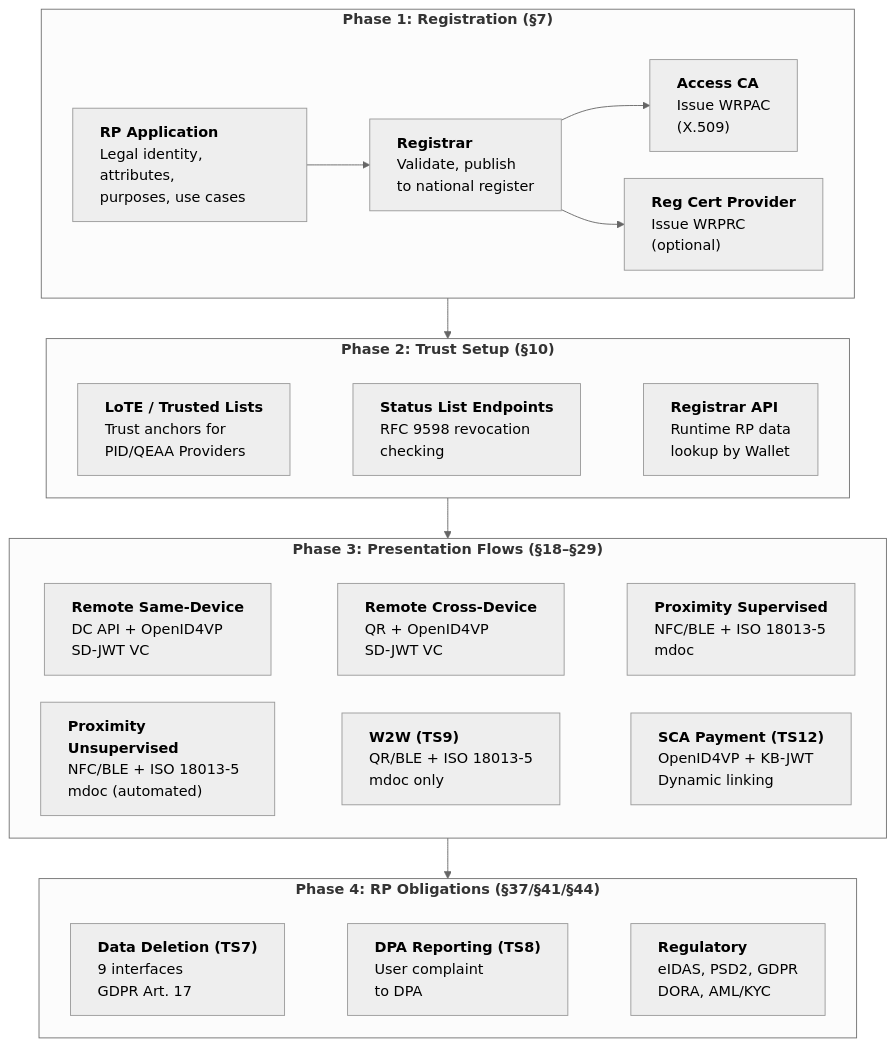
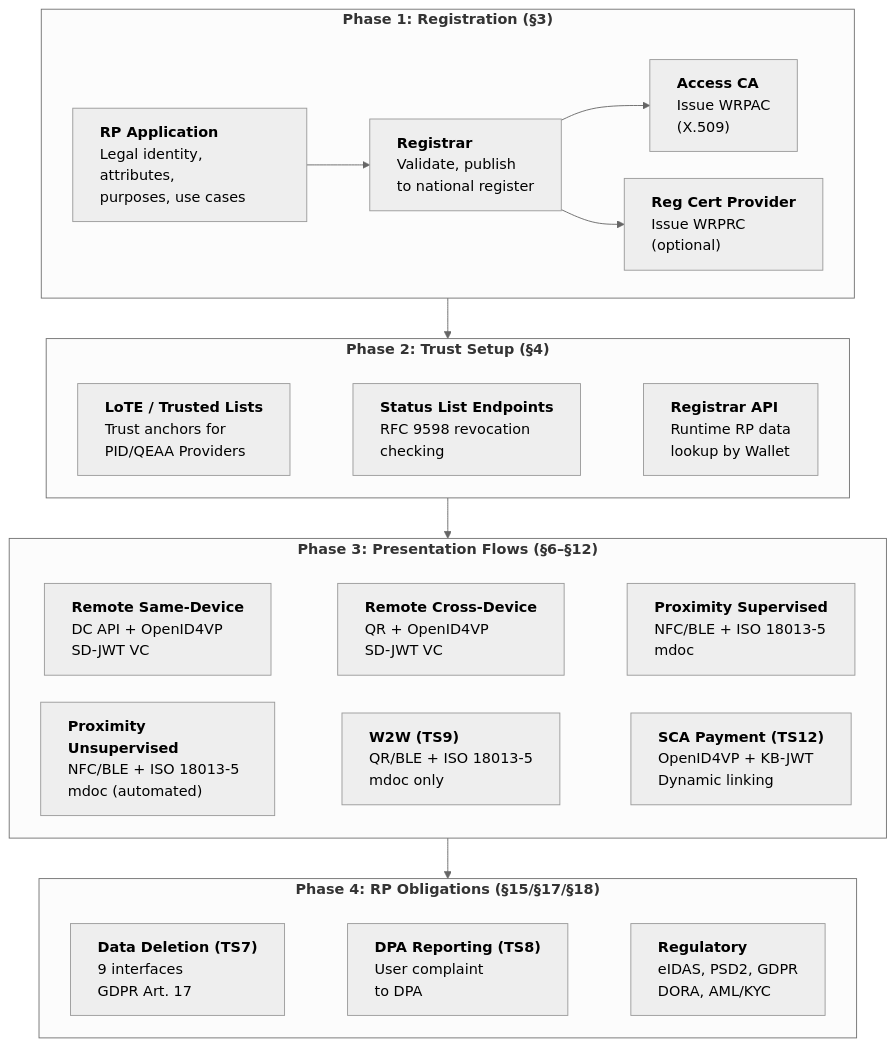
Before and after one commit to ivanstambuk/deep-research: the first of 22 diagrams in papers/DR-0002/DR-0002-eudi-wallet-relying-party-integration.md, drawn with Mermaid (neutral theme). The commit also changed other lines of this file, not shown here.

First line of the commit message:
DR-0002: renumber chapters 1-22 sequentially + convert ASCII art to Mermaid

```diff
--- a/papers/DR-0002/DR-0002-eudi-wallet-relying-party-integration.md
+++ b/papers/DR-0002/DR-0002-eudi-wallet-relying-party-integration.md
@@ -94,7 +94,7 @@
     rankSpacing: 45
 ---
 flowchart TD
-    subgraph REG["`**Phase 1: Registration (§7)**`"]
+    subgraph REG["`**Phase 1: Registration (§3)**`"]
         direction LR
         R1["`**RP Application**
         Legal identity, attributes,
@@ -113,7 +113,7 @@
         R2 --> R4
     end
 
-    subgraph TRUST["`**Phase 2: Trust Setup (§10)**`"]
+    subgraph TRUST["`**Phase 2: Trust Setup (§4)**`"]
         direction LR
         T1["`**LoTE / Trusted Lists**
         Trust anchors for
@@ -127,7 +127,7 @@
         T1 ~~~ T2 ~~~ T3
     end
 
-    subgraph FLOWS["`**Phase 3: Presentation Flows (§18–§29)**`"]
+    subgraph FLOWS["`**Phase 3: Presentation Flows (§6–§12)**`"]
         direction LR
         F1["`**Remote Same-Device**
         DC API + OpenID4VP
@@ -151,7 +151,7 @@
         F4 ~~~ F5 ~~~ F6
     end
 
-    subgraph OBLIGATIONS["`**Phase 4: RP Obligations (§37/§41/§44)**`"]
+    subgraph OBLIGATIONS["`**Phase 4: RP Obligations (§15/§17/§18)**`"]
         direction LR
         O1["`**Data Deletion (TS7)**
         9 interfaces
```
